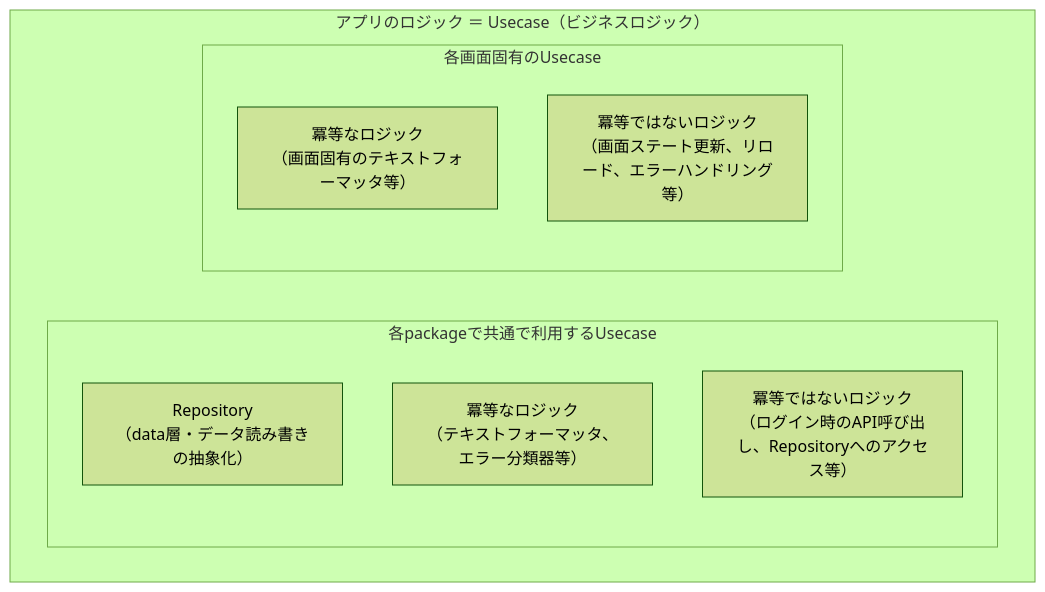
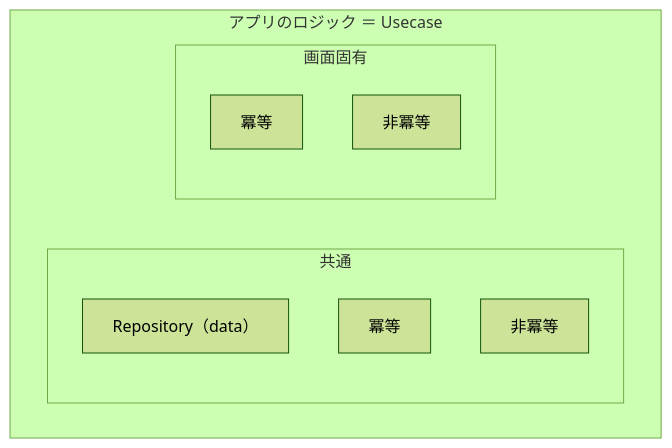
The diagram in .cursor/skills/flutter.layered-architecture.design/SKILL.md (eaglesakura/agent-skills), drawn with Mermaid (forest theme) before and after one commit. The commit also changed other lines of this file and 7 other files, not shown here.

Commit message:
add: layered-architectureのSKILL整理

````diff
--- a/.cursor/skills/flutter.layered-architecture.design/SKILL.md
+++ b/.cursor/skills/flutter.layered-architecture.design/SKILL.md
@@ -52,14 +81,14 @@
 ```mermaid
 flowchart TB
-  subgraph アプリのロジック["アプリのロジック ＝ Usecase（ビジネスロジック）"]
-    subgraph 共通["各packageで共通で利用するUsecase"]
-      Repository["Repository\n（data層・データ読み書きの抽象化）"]
-      共通冪等["冪等なロジック\n（テキストフォーマッタ、エラー分類器等）"]
-      共通非冪等["冪等ではないロジック\n（ログイン時のAPI呼び出し、Repositoryへのアクセス等）"]
+  subgraph アプリのロジック["アプリのロジック ＝ Usecase"]
+    subgraph 共通["共通"]
+      Repository["Repository（data）"]
+      共通冪等["冪等"]
+      共通非冪等["非冪等"]
     end
-    subgraph 画面固有["各画面固有のUsecase"]
-      画面冪等["冪等なロジック\n（画面固有のテキストフォーマッタ等）"]
-      画面非冪等["冪等ではないロジック\n（画面ステート更新、リロード、エラーハンドリング等）"]
+    subgraph 画面固有["画面固有"]
+      画面冪等["冪等"]
+      画面非冪等["非冪等"]
     end
   end
 ```
````
